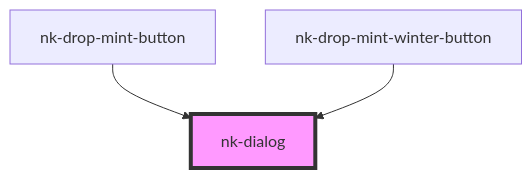
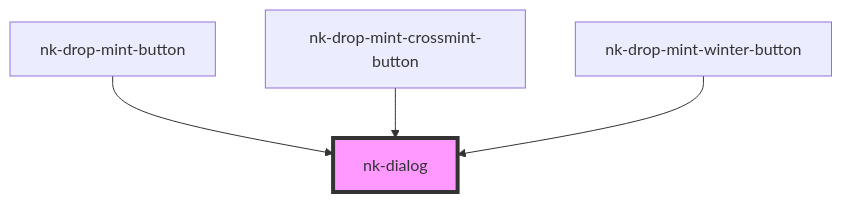
Before and after one commit to niftykit-inc/niftykit-sdk: the diagram in packages/widgets/src/components/nk-dialog/readme.md, drawn with Mermaid. The commit also changed other lines of this file and 11 other files, not shown here.

````diff
--- a/packages/widgets/src/components/nk-dialog/readme.md
+++ b/packages/widgets/src/components/nk-dialog/readme.md
@@ -25,6 +26,7 @@
 ```mermaid
 graph TD;
   nk-drop-mint-button --> nk-dialog
+  nk-drop-mint-crossmint-button --> nk-dialog
   nk-drop-mint-winter-button --> nk-dialog
   style nk-dialog fill:#f9f,stroke:#333,stroke-width:4px
 ```
````
